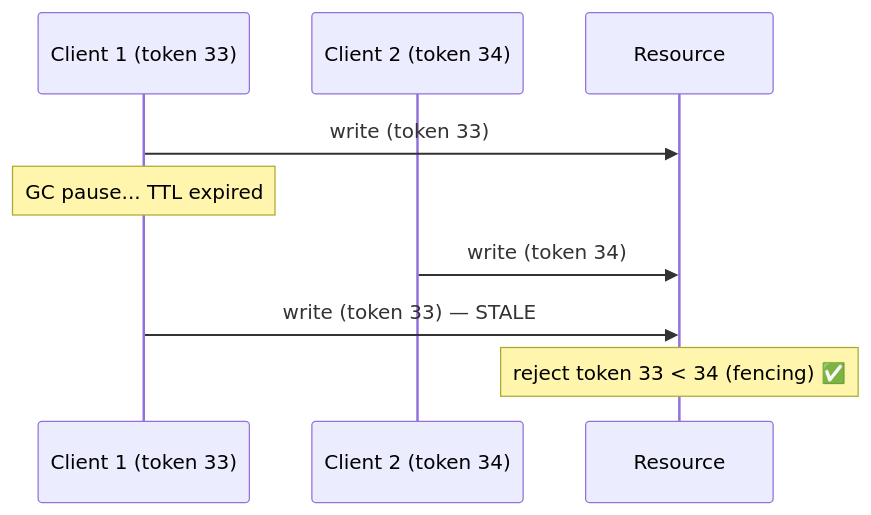
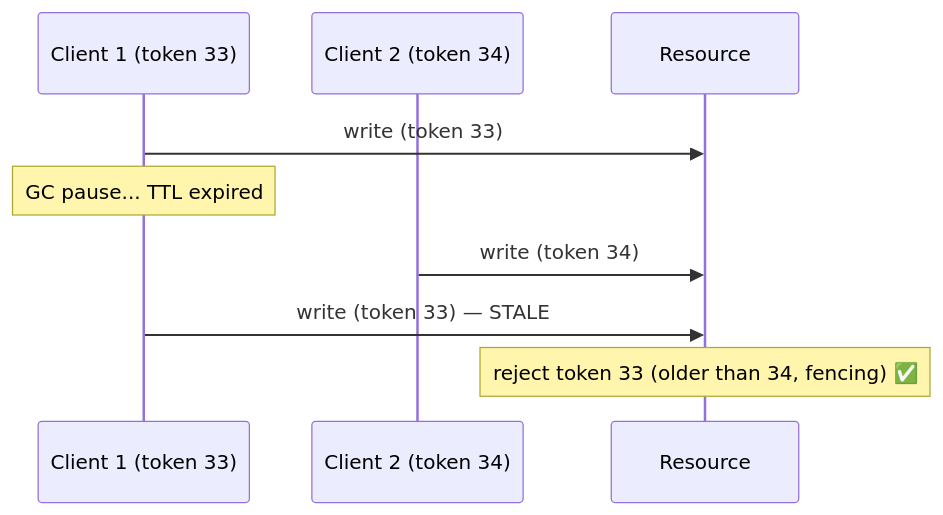
The sixth of 10 diagrams in HLD/Concurrency_Control.md (subhm2004/LLD), drawn with Mermaid before and after one commit. The commit also changed other lines of this file and 9 other files, not shown here.

Commit message:
Fix formatting in flowcharts and update README to reflect new topics

````diff
--- a/HLD/Concurrency_Control.md
+++ b/HLD/Concurrency_Control.md
@@ -202,11 +202,11 @@
 ```mermaid
 sequenceDiagram
     participant C1 as Client 1 (token 33)
     participant C2 as Client 2 (token 34)
     participant R as Resource
     C1->>R: write (token 33)
     Note over C1: GC pause... TTL expired
     C2->>R: write (token 34)
     C1->>R: write (token 33) — STALE
-    Note over R: reject token 33 < 34 (fencing) ✅
+    Note over R: reject token 33 (older than 34, fencing) ✅
 ```
````
